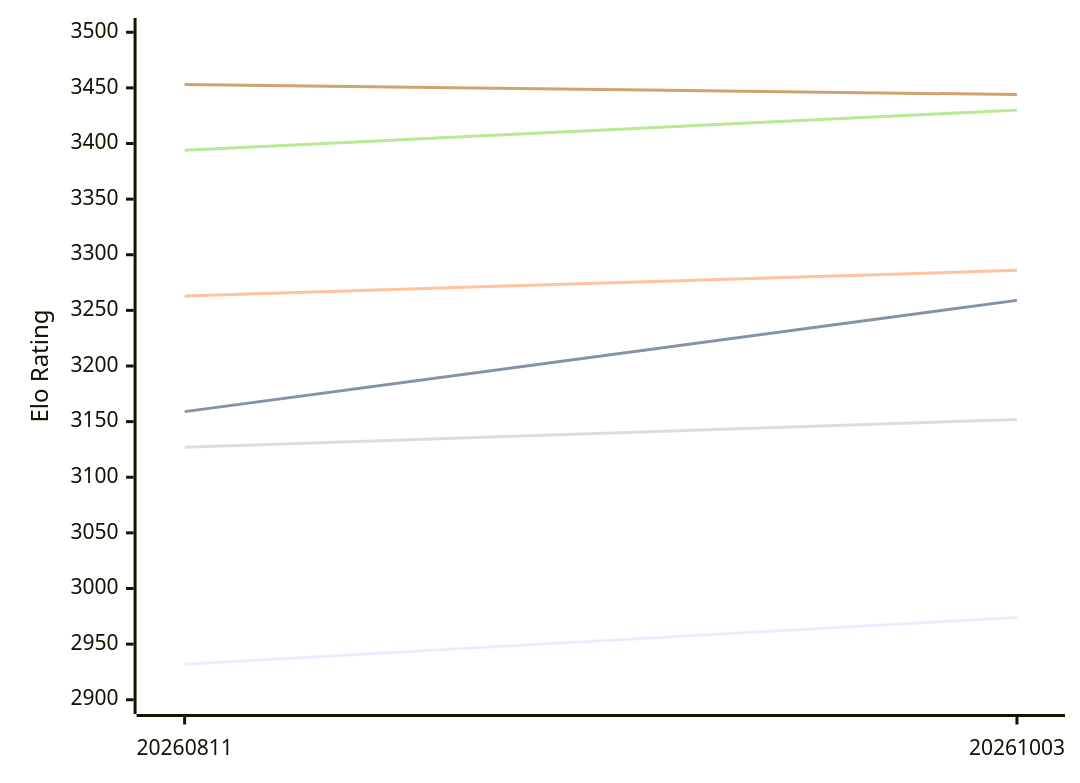
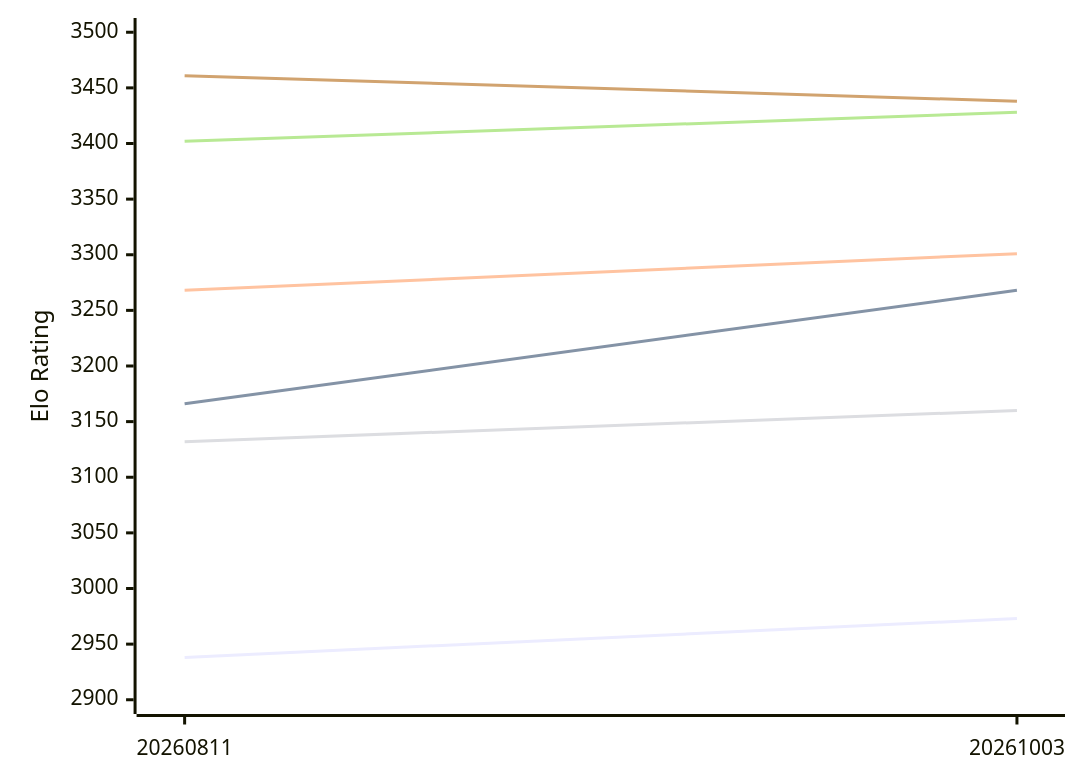
Before and after one commit to computer-chess-index/cci: the first of 2 diagrams in engines/Askaig.md, drawn with Mermaid. The commit also changed other lines of this file, not shown here.

Commit message:
Update CCI Ratings (ELO VLTC) - 2026-10-16

````diff
--- a/engines/Askaig.md
+++ b/engines/Askaig.md
@@ -52,12 +52,12 @@
 ```mermaid
 %%{init: {"theme":"base","themeVariables":{"seriesColors:['#a3a3a3','#222221','#faa371']}}}%%
 xychart-beta
   x-axis ["20260811", "20261003"]
   y-axis "Elo Rating" 2900 --> 3500
-  line "E1: STC (8.0+0.08s)" [2932, 2974]
-  line "E1: LTC (60.0+0.60s)" [3159, 3259]
-  line "E1: VLTC (2m24s+1.12s)" [3263, 3286]
-  line "P1: STC (8.0+0.08s)" [3127, 3152]
-  line "P1: LTC (60.0+0.60s)" [3394, 3430]
-  line "P1: VLTC (2m24s+1.12s)" [3453, 3444]
+  line "E1: STC (8.0+0.08s)" [2938, 2973]
+  line "E1: LTC (60.0+0.60s)" [3166, 3268]
+  line "E1: VLTC (2m24s+1.12s)" [3268, 3301]
+  line "P1: STC (8.0+0.08s)" [3132, 3160]
+  line "P1: LTC (60.0+0.60s)" [3402, 3428]
+  line "P1: VLTC (2m24s+1.12s)" [3461, 3438]
 ```
````
